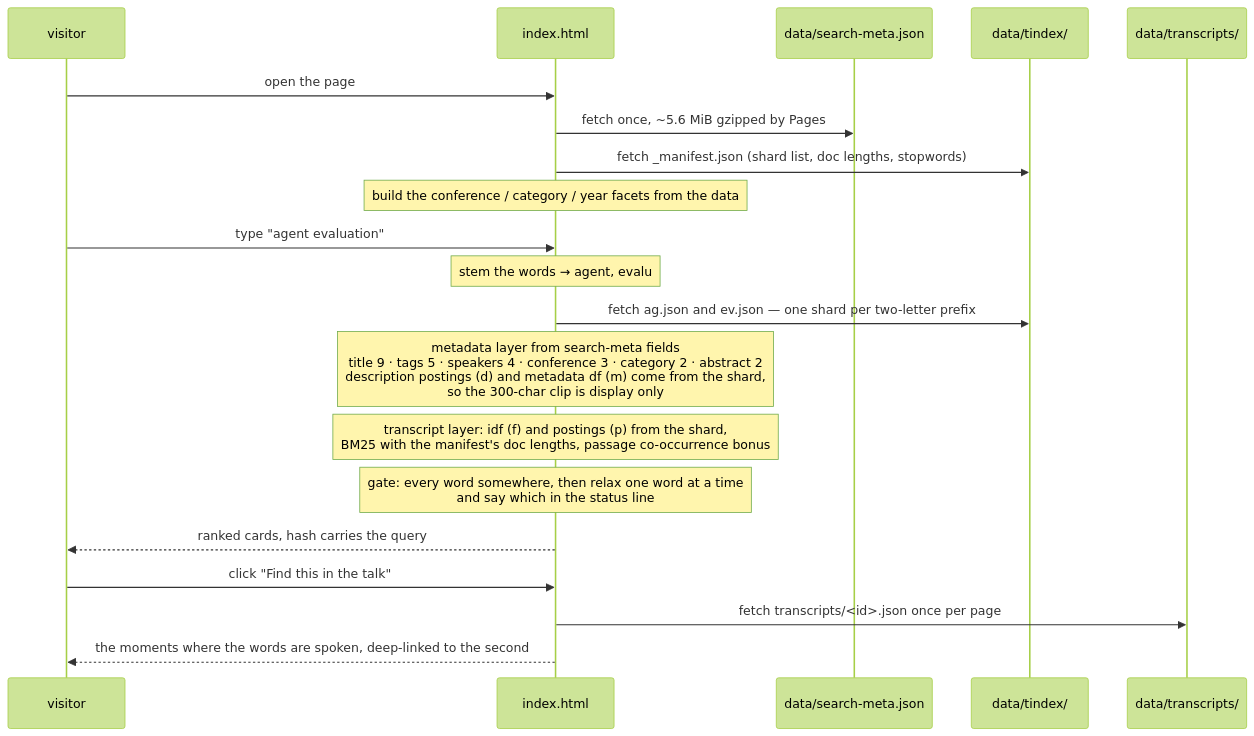
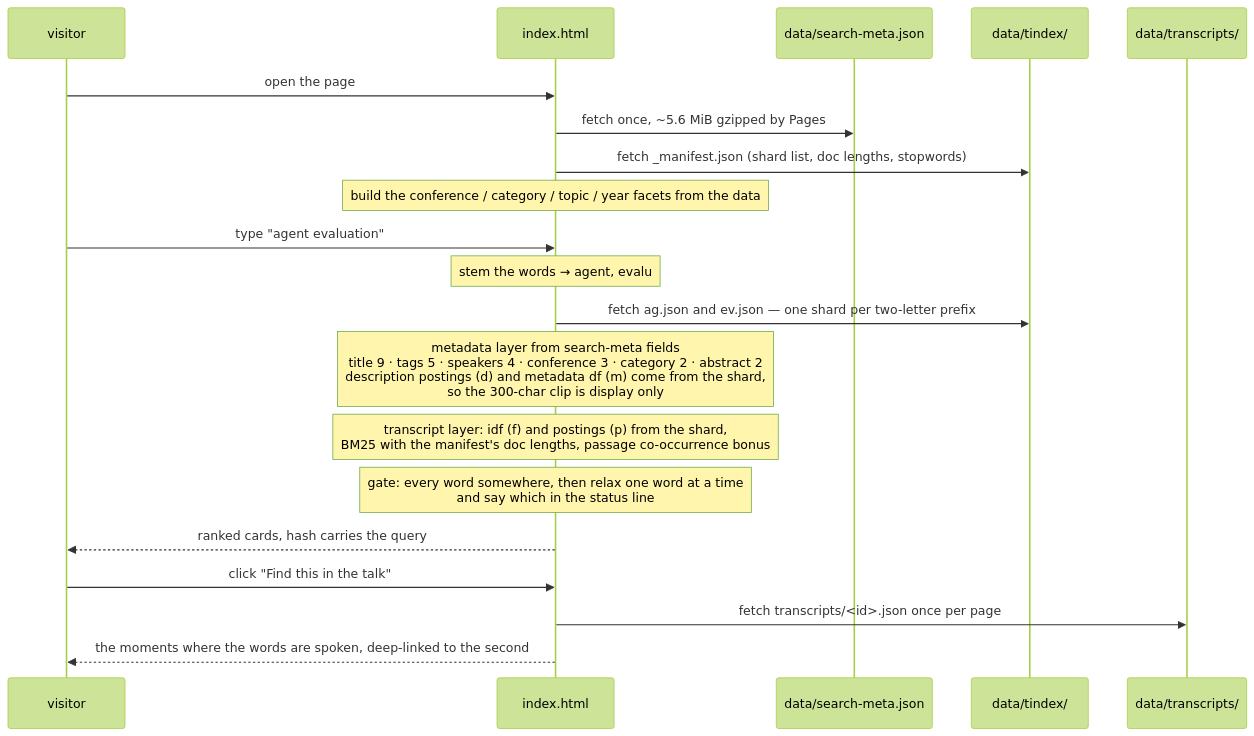
Diagram 12 of 17 in ARCHITECTURE.md (ppruchnerovic/ai-talks-universe), drawn with Mermaid (forest theme) before and after one commit. The commit also changed other lines of this file and 9066 other files, not shown here.

````diff
--- a/ARCHITECTURE.md
+++ b/ARCHITECTURE.md
@@ -370,23 +399,23 @@
 ```mermaid
 sequenceDiagram
     participant U as visitor
     participant P as index.html
     participant M as data/search-meta.json
     participant X as data/tindex/
     participant T as data/transcripts/
 
     U->>P: open the page
     P->>M: fetch once, ~5.6 MiB gzipped by Pages
     P->>X: fetch _manifest.json (shard list, doc lengths, stopwords)
-    Note over P: build the conference / category / year facets from the data
+    Note over P: build the conference / category / topic / year facets from the data
     U->>P: type "agent evaluation"
     Note over P: stem the words → agent, evalu
     P->>X: fetch ag.json and ev.json — one shard per two-letter prefix
     Note over P: metadata layer from search-meta fields<br/>title 9 · tags 5 · speakers 4 · conference 3 · category 2 · abstract 2<br/>description postings (d) and metadata df (m) come from the shard,<br/>so the 300-char clip is display only
     Note over P: transcript layer: idf (f) and postings (p) from the shard,<br/>BM25 with the manifest's doc lengths, passage co-occurrence bonus
     Note over P: gate: every word somewhere, then relax one word at a time<br/>and say which in the status line
     P-->>U: ranked cards, hash carries the query
     U->>P: click "Find this in the talk"
     P->>T: fetch transcripts/<id>.json once per page
     P-->>U: the moments where the words are spoken, deep-linked to the second
 ```
````
